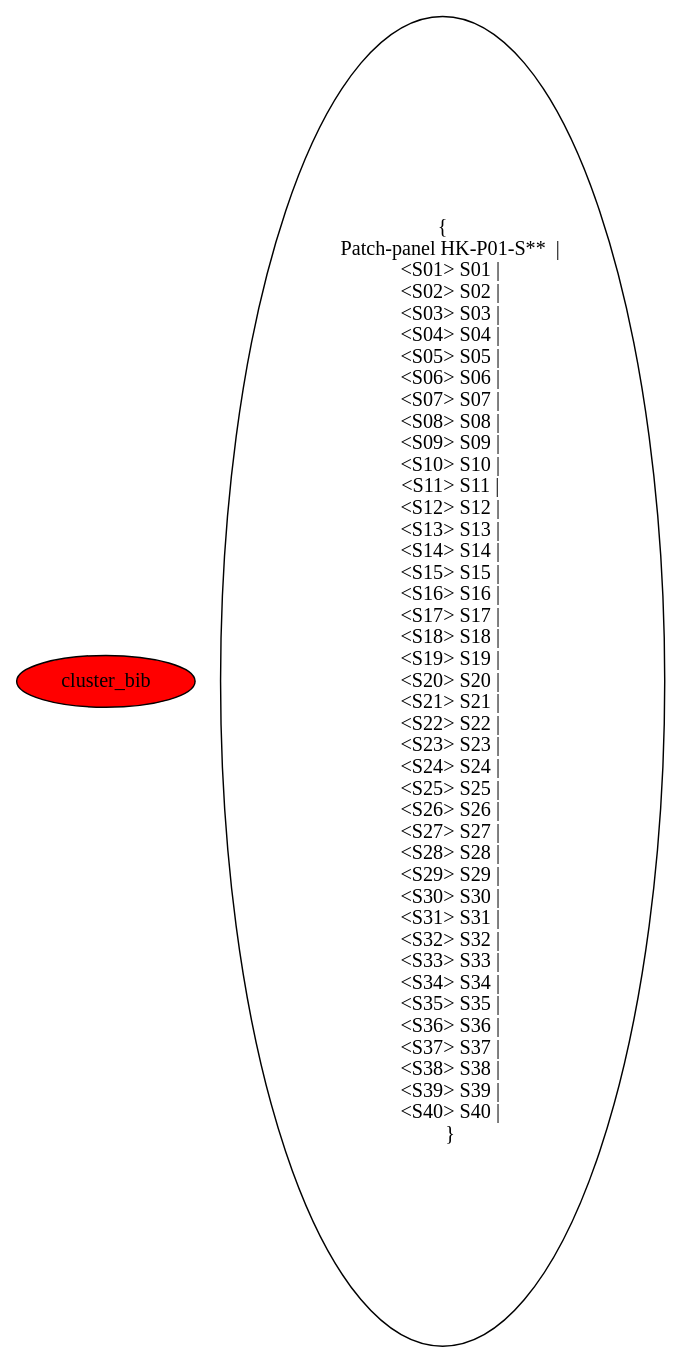
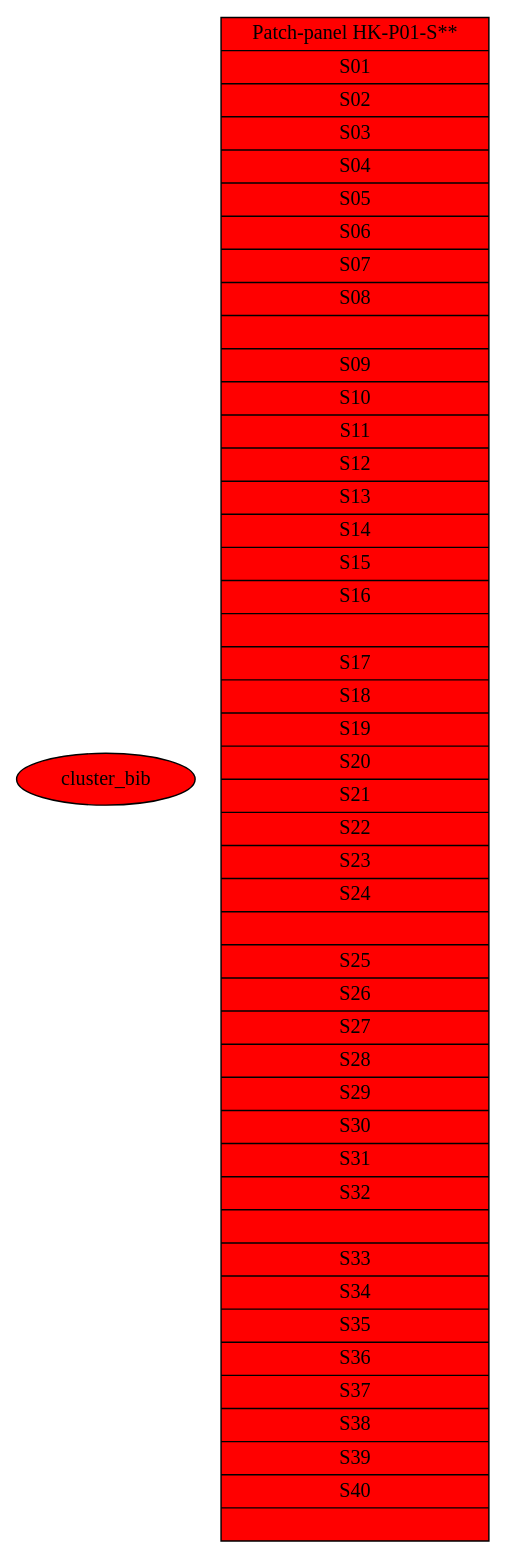
Before and after one commit to alslug/alslug.dk: the diagram in projekter/bakkensbro-network.dot, drawn with Graphviz.

```diff
--- a/projekter/bakkensbro-network.dot
+++ b/projekter/bakkensbro-network.dot
@@ -1,50 +1,23 @@
 digraph xxx {
   edge [ dir=none penwidth=100 ];
 
   node [ style=filled fillcolor=red ];
   cluster_bib {
-    HK_PO1 [ style=record label="{
+    style=filled;
+    fillcolor=yellow;
+    
+    HK_PO1 [ shape=record label="{
     Patch-panel HK-P01-S**  |
-    <S01> S01 |
-    <S02> S02 |
-    <S03> S03 |
-    <S04> S04 |
-    <S05> S05 |
-    <S06> S06 |
-    <S07> S07 |
-    <S08> S08 |
-    <S09> S09 |
-    <S10> S10 |
-    <S11> S11 |
-    <S12> S12 |
-    <S13> S13 |
-    <S14> S14 |
-    <S15> S15 |
-    <S16> S16 |
-    <S17> S17 |
-    <S18> S18 |
-    <S19> S19 |
-    <S20> S20 |
-    <S21> S21 |
-    <S22> S22 |
-    <S23> S23 |
-    <S24> S24 |
-    <S25> S25 |
-    <S26> S26 |
-    <S27> S27 |
-    <S28> S28 |
-    <S29> S29 |
-    <S30> S30 |
-    <S31> S31 |
-    <S32> S32 |
-    <S33> S33 |
-    <S34> S34 |
-    <S35> S35 |
-    <S36> S36 |
-    <S37> S37 |
-    <S38> S38 |
-    <S39> S39 |
-    <S40> S40 |
-    }"]
+    <S01> S01 |                       <S02> S02 |                       <S03> S03 |                       <S04> S04 |
+    <S05> S05 |                       <S06> S06 |                       <S07> S07 |                       <S08> S08 | |
+    <S09> S09 |                       <S10> S10 |                       <S11> S11 |                       <S12> S12 |
+    <S13> S13 |                       <S14> S14 |                       <S15> S15 |                       <S16> S16 | |
+    <S17> S17 |                       <S18> S18 |                       <S19> S19 |                       <S20> S20 |
+    <S21> S21 |                       <S22> S22 |                       <S23> S23 |                       <S24> S24 | |
+    <S25> S25 |                       <S26> S26 |                       <S27> S27 |                       <S28> S28 |
+    <S29> S29 |                       <S30> S30 |                       <S31> S31 |                       <S32> S32 | |
+    <S33> S33 |                       <S34> S34 |                       <S35> S35 |                       <S36> S36 |
+    <S37> S37 |                       <S38> S38 |                       <S39> S39 |                       <S40> S40 |
+    }"];
   }
 }
```
